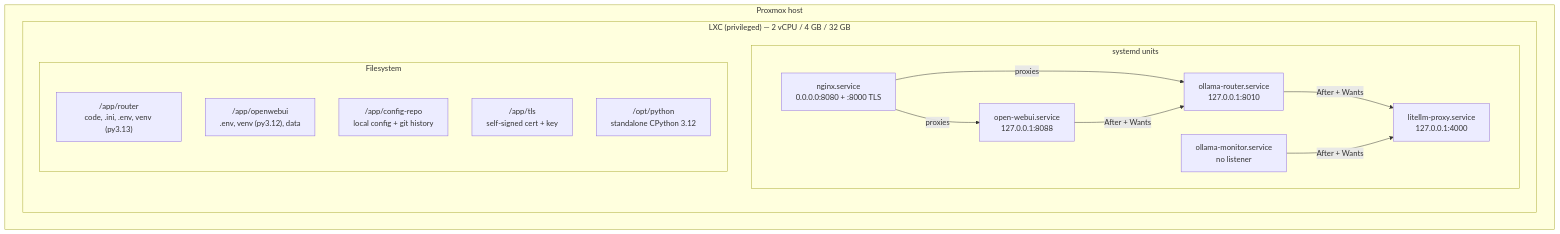
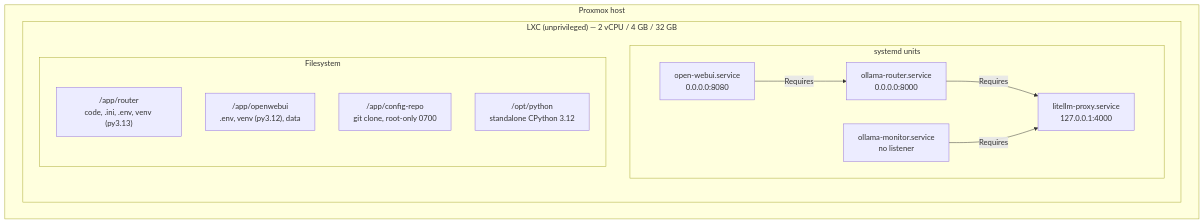
Before and after one commit to wwarren/osr: the second of 5 diagrams in ARCHITECTURE.md, drawn with Mermaid. The commit also changed other lines of this file and 21 other files, not shown here.

````diff
--- a/ARCHITECTURE.md
+++ b/ARCHITECTURE.md
@@ -100,28 +94,24 @@
 ```mermaid
 flowchart TB
     subgraph host["Proxmox host"]
-        subgraph ctr["LXC (privileged) — 2 vCPU / 4 GB / 32 GB"]
+        subgraph ctr["LXC (unprivileged) — 2 vCPU / 4 GB / 32 GB"]
             direction TB
             subgraph units["systemd units"]
-                N["nginx.service<br/>0.0.0.0:8080 + :8000 TLS"]
-                A["open-webui.service<br/>127.0.0.1:8088"]
-                B["ollama-router.service<br/>127.0.0.1:8010"]
+                A["open-webui.service<br/>0.0.0.0:8080"]
+                B["ollama-router.service<br/>0.0.0.0:8000"]
                 C["litellm-proxy.service<br/>127.0.0.1:4000"]
                 D["ollama-monitor.service<br/>no listener"]
             end
             subgraph fs["Filesystem"]
                 E["/app/router<br/>code, .ini, .env, venv (py3.13)"]
                 F["/app/openwebui<br/>.env, venv (py3.12), data"]
-                G["/app/config-repo<br/>local config + git history"]
-                T["/app/tls<br/>self-signed cert + key"]
+                G["/app/config-repo<br/>git clone, root-only 0700"]
                 H["/opt/python<br/>standalone CPython 3.12"]
             end
         end
     end
 
-    N -->|proxies| A
-    N -->|proxies| B
-    A -->|"After + Wants"| B
-    B -->|"After + Wants"| C
-    D -->|"After + Wants"| C
+    A -->|Requires| B
+    B -->|Requires| C
+    D -->|Requires| C
 ```
````
